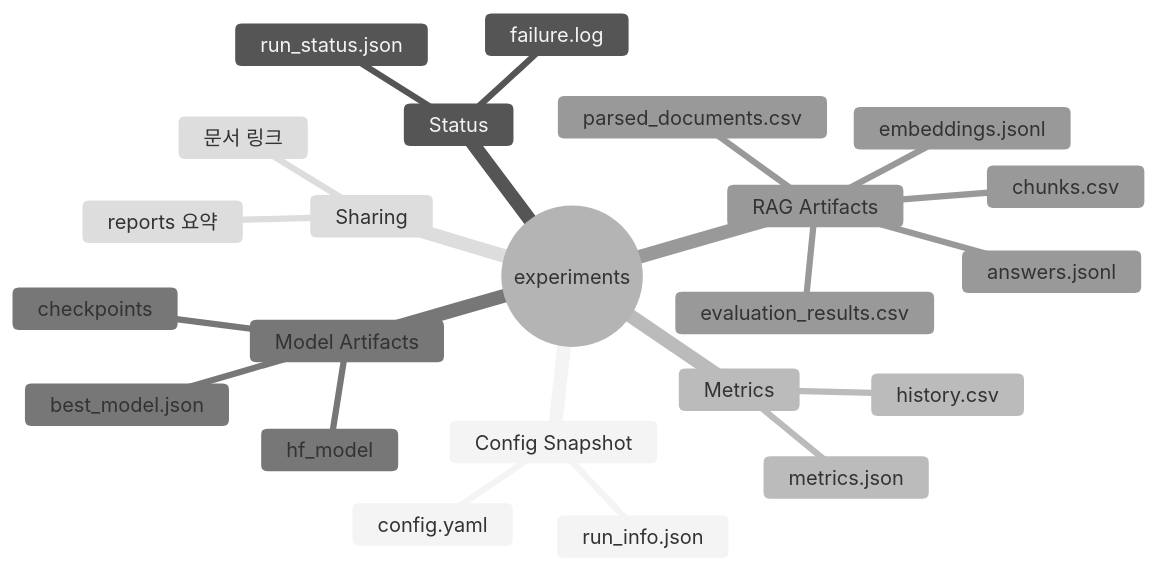
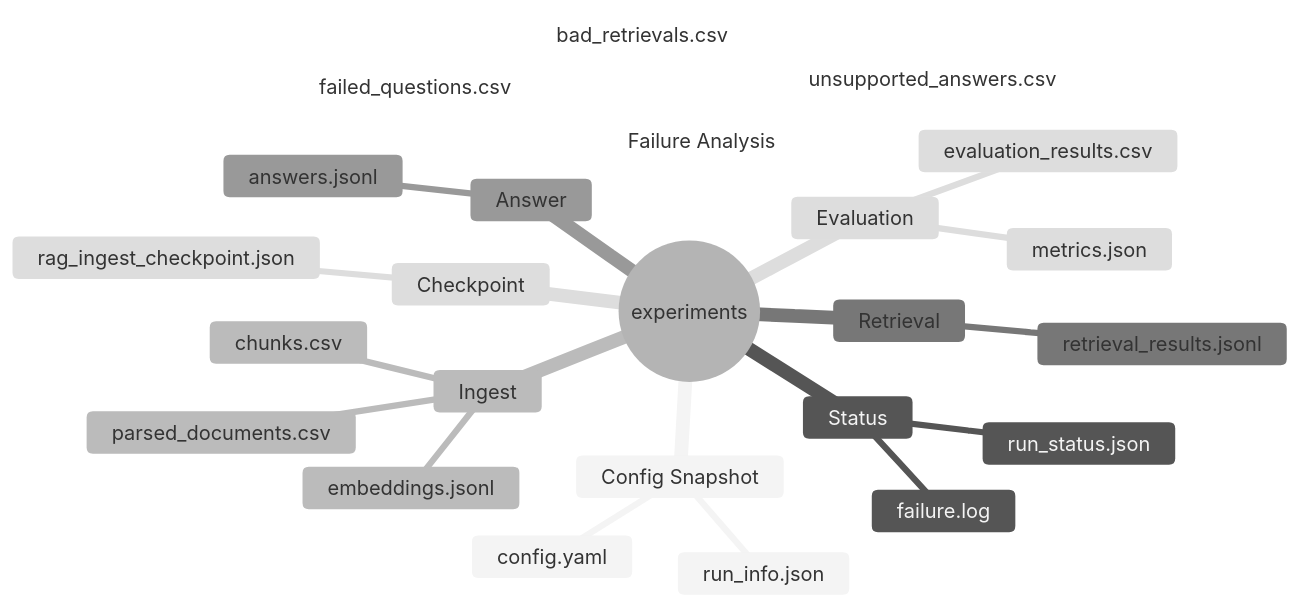
One commit to Codeit-Part3-6Team/Codeit-Part3-6Team-Project changed the diagram in experiments/README.md. Above: the diagram before and after it, drawn with Mermaid (neutral theme). The commit also changed other lines of this file and 4 other files, not shown here.

````diff
--- a/experiments/README.md
+++ b/experiments/README.md
@@ -7,26 +7,27 @@
 ```mermaid
 mindmap
   root((experiments))
     Config Snapshot
       config.yaml
       run_info.json
     Status
       run_status.json
       failure.log
-    Metrics
-      metrics.json
-      history.csv
-    Model Artifacts
-      best_model.json
-      checkpoints
-      hf_model
-    RAG Artifacts
+    Ingest
       parsed_documents.csv
       chunks.csv
       embeddings.jsonl
+    Retrieval
+      retrieval_results.jsonl
+    Answer
       answers.jsonl
+    Evaluation
       evaluation_results.csv
-    Sharing
-      reports 요약
-      문서 링크
+      metrics.json
+    Failure Analysis
+      bad_retrievals.csv
+      unsupported_answers.csv
+      failed_questions.csv
+    Checkpoint
+      rag_ingest_checkpoint.json
 ```
````
